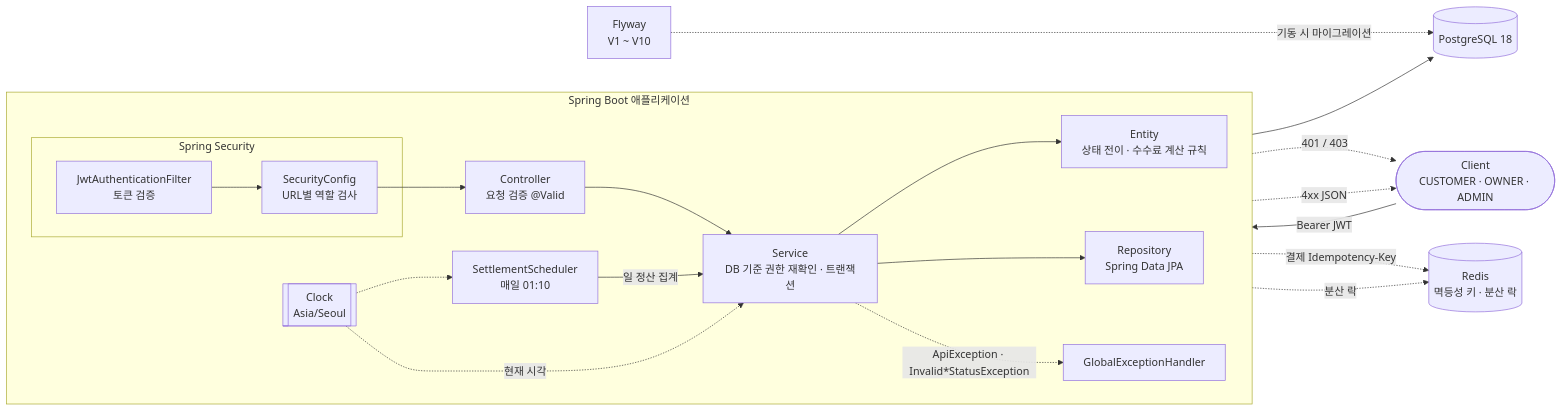
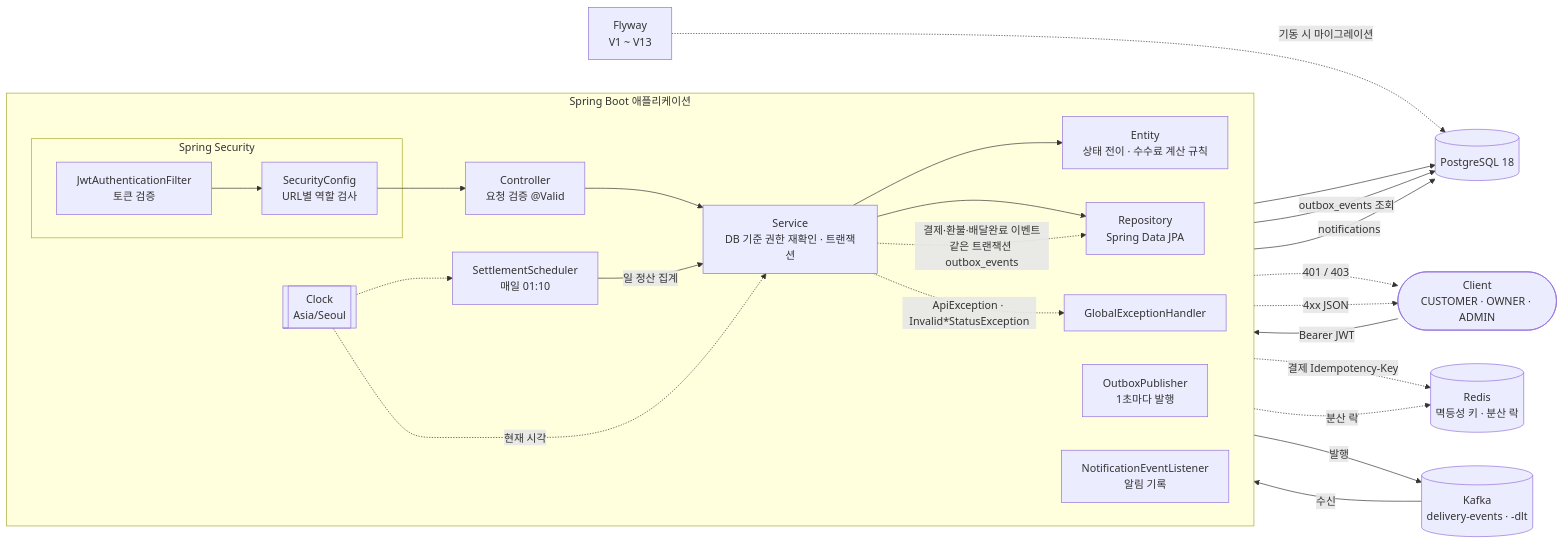
One commit to gajigaji-dev/Spring-Delivery-mini changed the first of 4 diagrams in docs/architecture.md. Above: the diagram before and after it, drawn with Mermaid. The commit also changed other lines of this file and 77 other files, not shown here.

Commit message:
[FEAT] Kafka Transactional Outbox 및 알림 이벤트 처리#42

````diff
--- a/docs/architecture.md
+++ b/docs/architecture.md
@@ -7,36 +7,42 @@
 ```mermaid
 flowchart LR
     client([Client<br/>CUSTOMER · OWNER · ADMIN])
 
     subgraph app[Spring Boot 애플리케이션]
         direction LR
         subgraph sec[Spring Security]
             jwt[JwtAuthenticationFilter<br/>토큰 검증]
             rule[SecurityConfig<br/>URL별 역할 검사]
         end
         ctrl[Controller<br/>요청 검증 @Valid]
         svc[Service<br/>DB 기준 권한 재확인 · 트랜잭션]
         ent[Entity<br/>상태 전이 · 수수료 계산 규칙]
         repo[Repository<br/>Spring Data JPA]
         sch[SettlementScheduler<br/>매일 01:10]
+        pub[OutboxPublisher<br/>1초마다 발행]
+        lsn[NotificationEventListener<br/>알림 기록]
         clock[[Clock<br/>Asia/Seoul]]
         err[GlobalExceptionHandler]
     end
 
     db[(PostgreSQL 18)]
     redis[(Redis<br/>멱등성 키 · 분산 락)]
-    fly[Flyway<br/>V1 ~ V10]
+    kafka[(Kafka<br/>delivery-events · -dlt)]
+    fly[Flyway<br/>V1 ~ V13]
 
     client -->|Bearer JWT| jwt --> rule --> ctrl --> svc
     svc --> ent
     svc --> repo --> db
     sch -->|일 정산 집계| svc
     clock -.현재 시각.-> svc
     clock -.-> sch
     svc -.ApiException · Invalid*StatusException.-> err
     rule -.401 / 403.-> client
     err -.4xx JSON.-> client
     fly -.기동 시 마이그레이션.-> db
     svc -.결제 Idempotency-Key.-> redis
     sch -.분산 락.-> redis
+    svc -.결제·환불·배달완료 이벤트<br/>같은 트랜잭션 outbox_events.-> repo
+    pub -->|outbox_events 조회| db
+    pub -->|발행| kafka -->|수신| lsn -->|notifications| db
 ```
````
